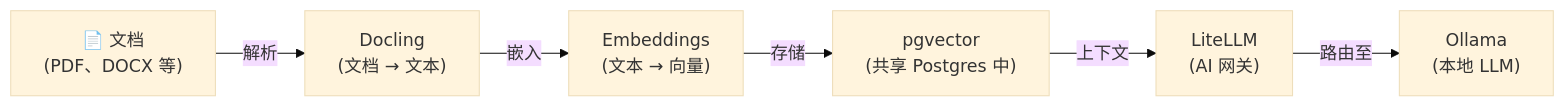
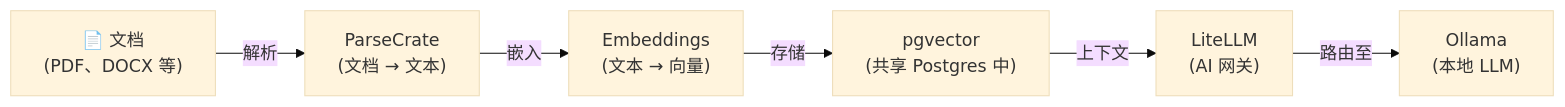
The diagram in stacks/rag-pipeline-full/README-zh.md (hwdsl2/self-hosted-ai-stack), drawn with Mermaid (base theme) before and after one commit. The commit also changed other lines of this file and 26 other files, not shown here.

````diff
--- a/stacks/rag-pipeline-full/README-zh.md
+++ b/stacks/rag-pipeline-full/README-zh.md
@@ -17,8 +17,8 @@
 ```mermaid
 graph LR
-    D["📄 文档<br/>(PDF、DOCX 等)"] -->|解析| DC["Docling<br/>(文档 → 文本)"]
+    D["📄 文档<br/>(PDF、DOCX 等)"] -->|解析| DC["ParseCrate<br/>(文档 → 文本)"]
     DC -->|嵌入| E["Embeddings<br/>(文本 → 向量)"]
     E -->|存储| VDB["pgvector<br/>(共享 Postgres 中)"]
     VDB -->|上下文| L["LiteLLM<br/>(AI 网关)"]
     L -->|路由至| O["Ollama<br/>(本地 LLM)"]
 ```
````
